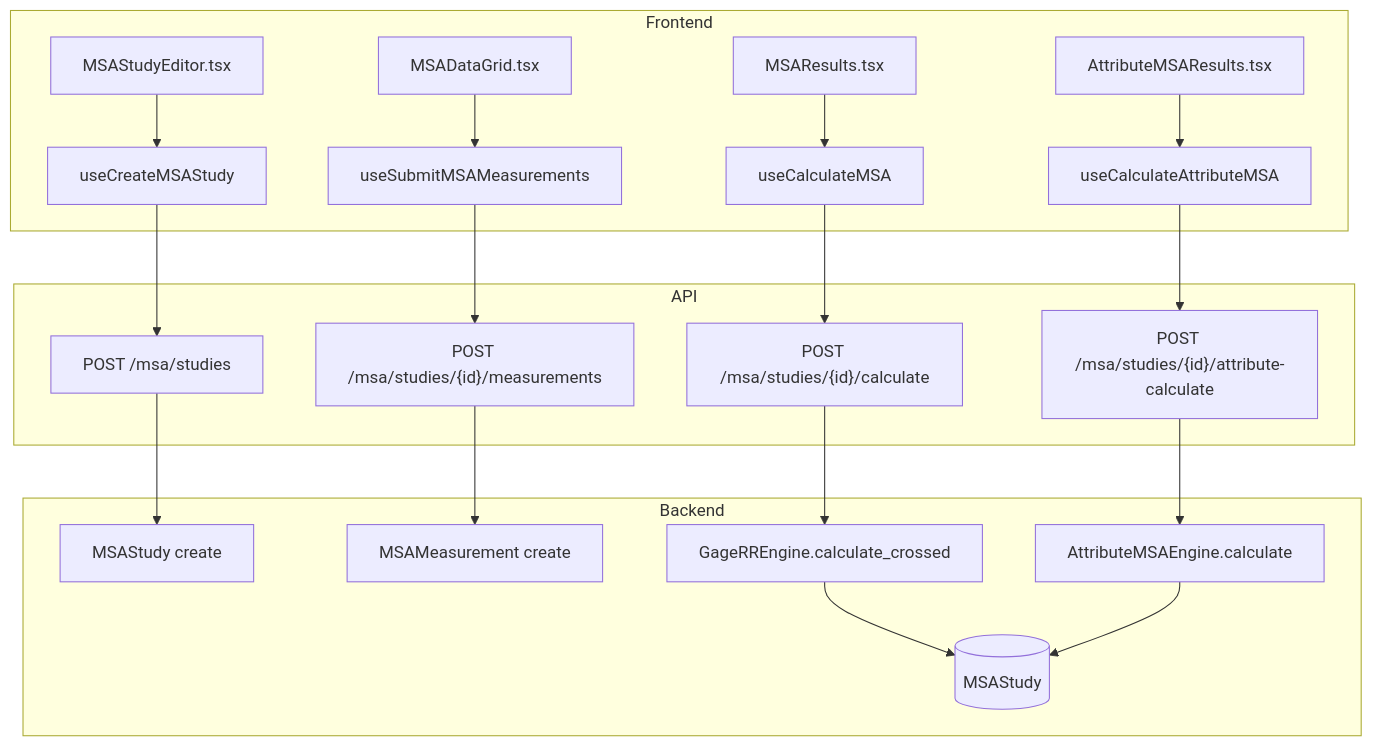
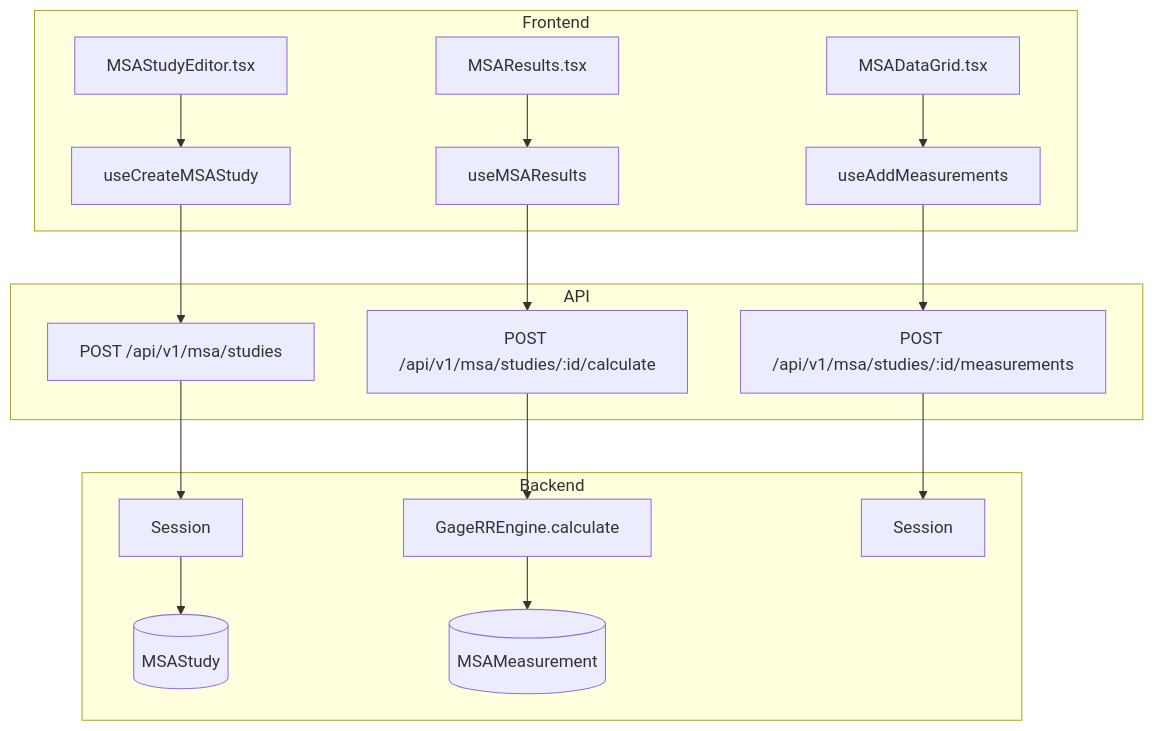
Before and after one commit to saturnis-io/cassini: the first of 2 diagrams in .knowledge/features/msa.md, drawn with Mermaid. The commit also changed other lines of this file and 15 other files, not shown here.

Commit message:
knowledge-graph: regenerate

````diff
--- a/.knowledge/features/msa.md
+++ b/.knowledge/features/msa.md
@@ -5,23 +5,20 @@
 ```mermaid
 flowchart TD
     subgraph Frontend
         C1[MSAStudyEditor.tsx] --> H1[useCreateMSAStudy]
-        C2[MSADataGrid.tsx] --> H2[useSubmitMSAMeasurements]
-        C3[MSAResults.tsx] --> H3[useCalculateMSA]
-        C4[AttributeMSAResults.tsx] --> H4[useCalculateAttributeMSA]
+        C2[MSAResults.tsx] --> H2[useMSAResults]
+        C3[MSADataGrid.tsx] --> H3[useAddMeasurements]
     end
     subgraph API
-        H1 --> E1["POST /msa/studies"]
-        H2 --> E2["POST /msa/studies/{id}/measurements"]
-        H3 --> E3["POST /msa/studies/{id}/calculate"]
-        H4 --> E4["POST /msa/studies/{id}/attribute-calculate"]
+        H1 --> E1[POST /api/v1/msa/studies]
+        H2 --> E2[POST /api/v1/msa/studies/:id/calculate]
+        H3 --> E3[POST /api/v1/msa/studies/:id/measurements]
     end
     subgraph Backend
-        E1 --> R1[MSAStudy create]
-        E2 --> R2[MSAMeasurement create]
-        E3 --> S1[GageRREngine.calculate_crossed]
-        E4 --> S2[AttributeMSAEngine.calculate]
-        S1 --> M1[(MSAStudy)]
-        S2 --> M1
+        E1 --> R1[Session]
+        R1 --> M1[(MSAStudy)]
+        E2 --> S1[GageRREngine.calculate]
+        S1 --> M2[(MSAMeasurement)]
+        E3 --> R2[Session]
     end
 ```
````
